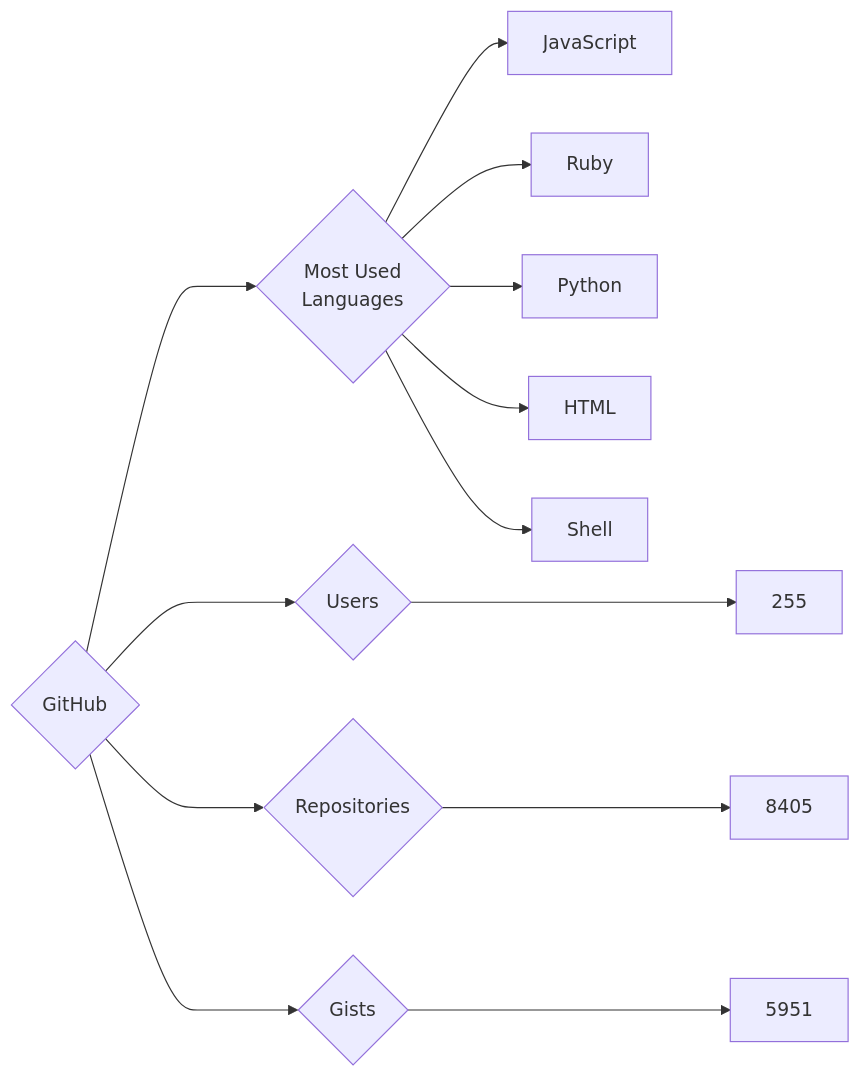
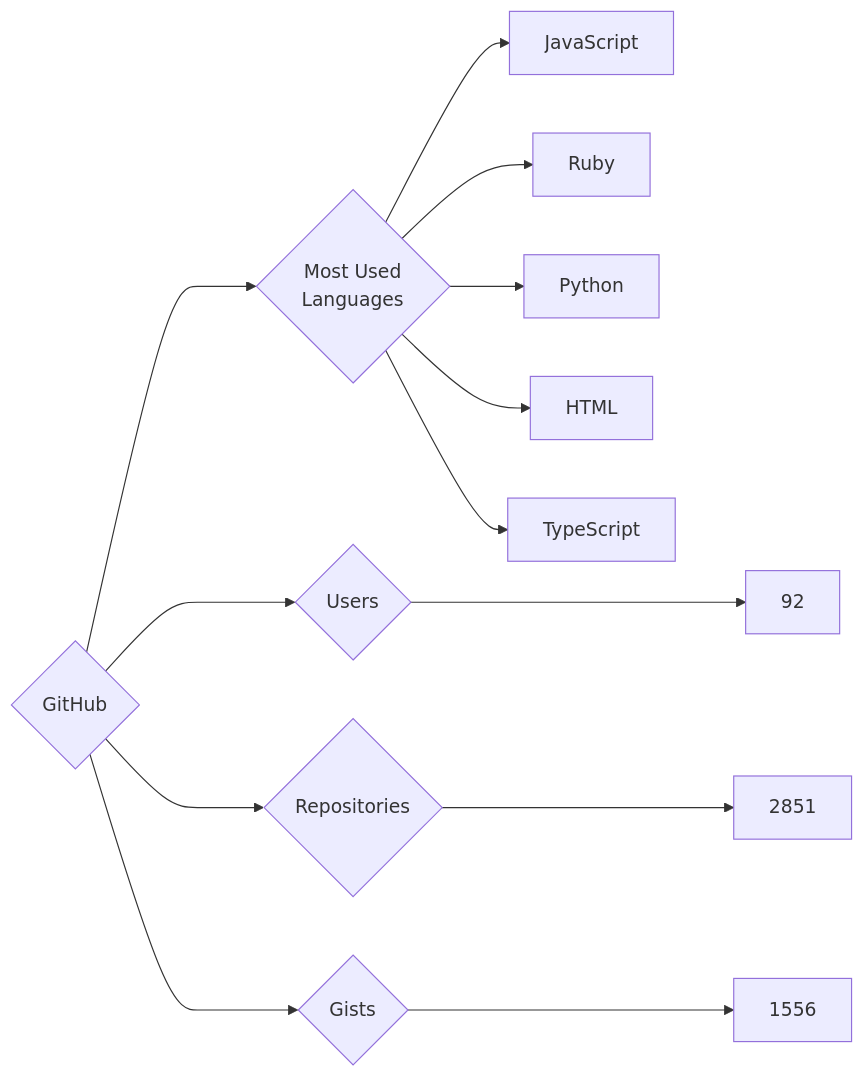
Before and after one commit to trickest/insiders: the diagram in targets/GitHub/README.md, drawn with Mermaid. The commit also changed 823 other files, not shown here.

````diff
--- a/targets/GitHub/README.md
+++ b/targets/GitHub/README.md
@@ -3,13 +3,13 @@
 ```mermaid
 graph LR
 COMPANY_NAME{GitHub}
-COMPANY_NAME ---> U{Users} ---> UN[255]
-COMPANY_NAME ---> R{Repositories} ---> RN[8405]
-COMPANY_NAME ---> G{Gists} ---> GN[5951]
+COMPANY_NAME ---> U{Users} ---> UN[92]
+COMPANY_NAME ---> R{Repositories} ---> RN[2851]
+COMPANY_NAME ---> G{Gists} ---> GN[1556]
 COMPANY_NAME ---> ML{Most Used<br>Languages}
 ML --> JavaScript[JavaScript]
 ML --> Ruby[Ruby]
 ML --> Python[Python]
 ML --> HTML[HTML]
-ML --> Shell[Shell]
+ML --> TypeScript[TypeScript]
 ```
````
